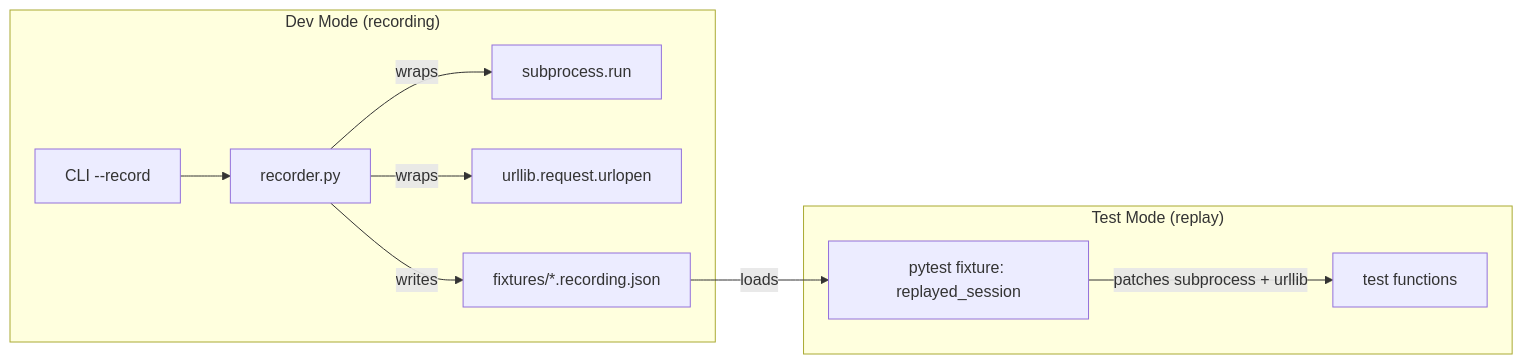
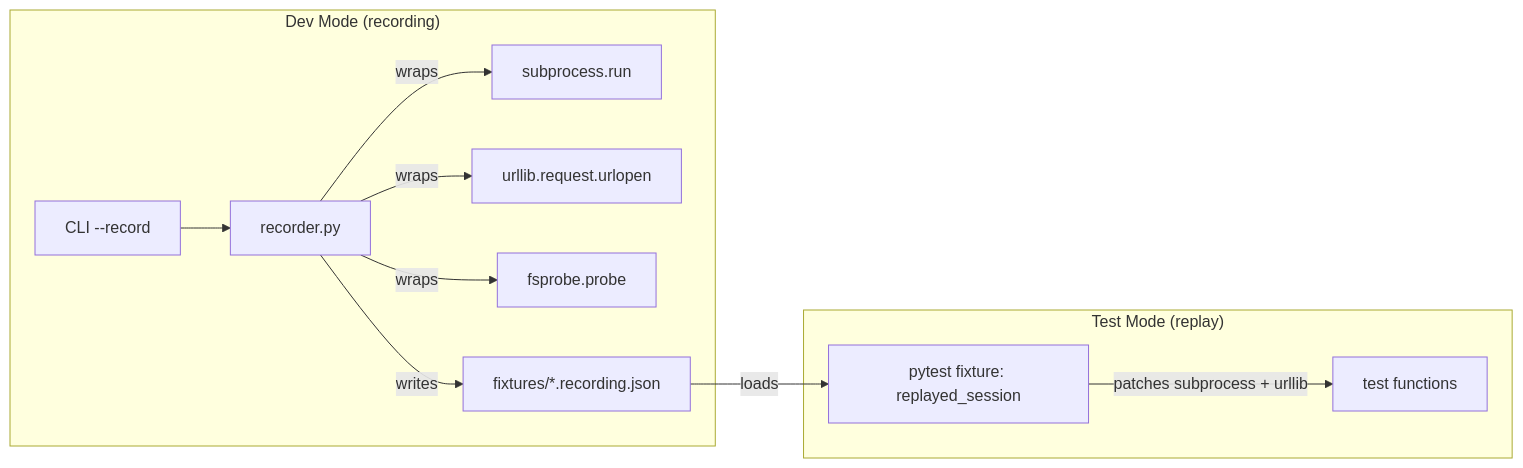
One commit to amichalowski/ubuntu-autoinstall-helper changed the first of 2 diagrams in docs/design/dev-mode-recording.md. Above: the diagram before and after it, drawn with Mermaid. The commit also changed other lines of this file, not shown here.

````diff
--- a/docs/design/dev-mode-recording.md
+++ b/docs/design/dev-mode-recording.md
@@ -15,19 +15,21 @@
 ```mermaid
 flowchart LR
     subgraph "Dev Mode (recording)"
         CLI["CLI --record"]
         REC["recorder.py"]
         SP["subprocess.run"]
         URL["urllib.request.urlopen"]
+        FS["fsprobe.probe"]
         CLI --> REC
         REC -->|"wraps"| SP
         REC -->|"wraps"| URL
+        REC -->|"wraps"| FS
         REC -->|"writes"| JSON["fixtures/*.recording.json"]
     end
 
     subgraph "Test Mode (replay)"
         FIX["pytest fixture: replayed_session"]
         JSON -->|"loads"| FIX
         FIX -->|"patches subprocess + urllib"| TEST["test functions"]
     end
 ```
````
